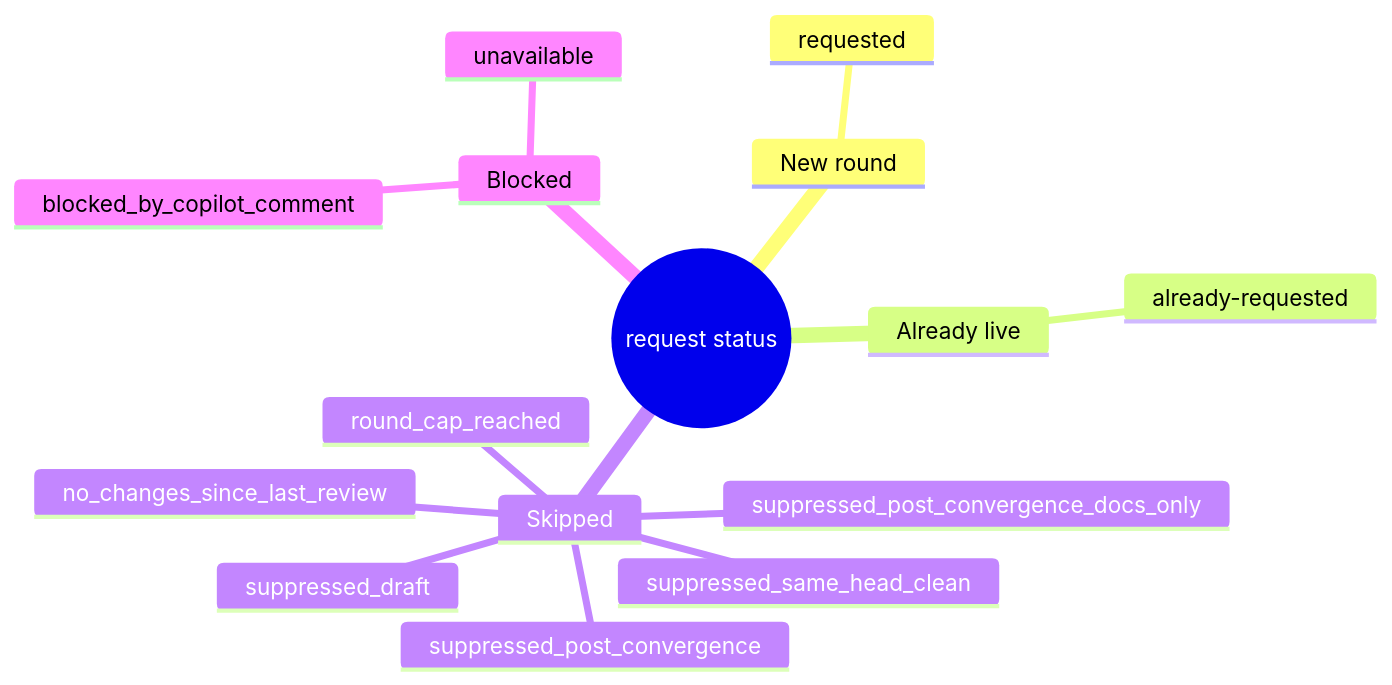
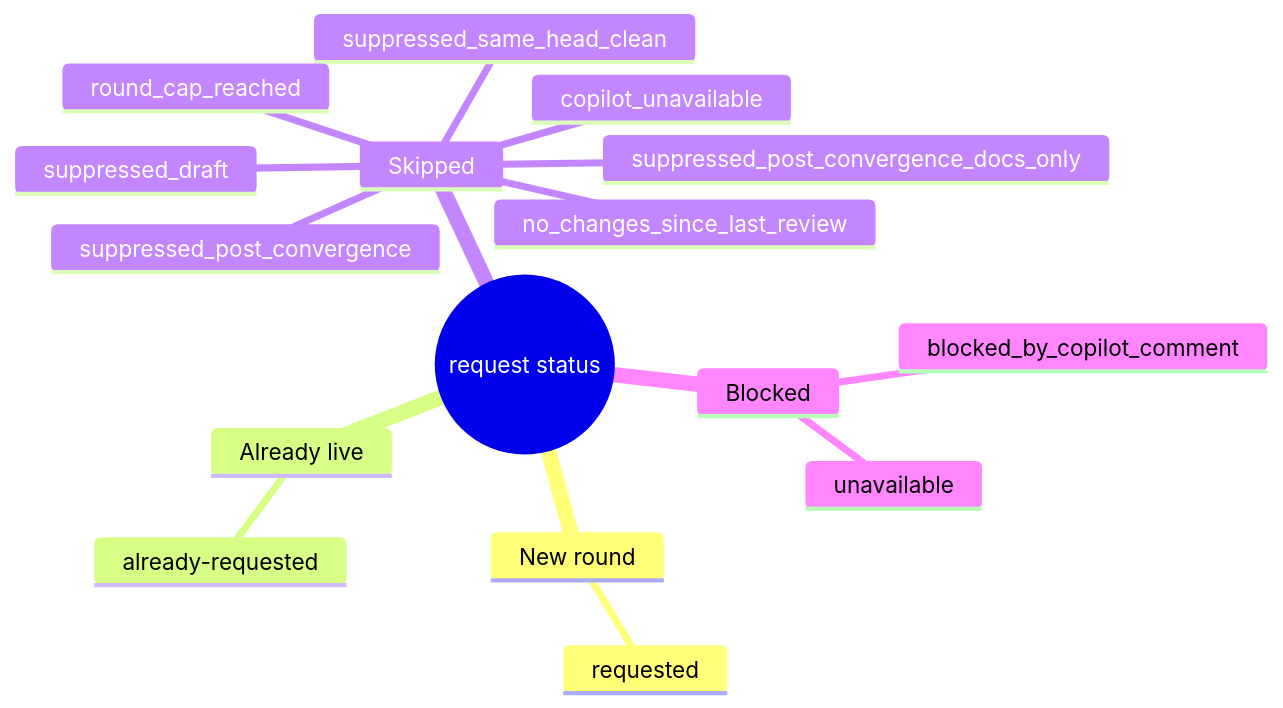
Before and after one commit to mfittko/dev-loops: the eighth of 16 diagrams in docs/atlas/06-integrations.md, drawn with Mermaid. The commit also changed other lines of this file and 23 other files, not shown here.

First line of the commit message:
fix(copilot): two unobservable requests on a head return copilot_unavailable (#3632)

````diff
--- a/docs/atlas/06-integrations.md
+++ b/docs/atlas/06-integrations.md
@@ -262,18 +262,19 @@
 ```mermaid
 mindmap
   root((request status))
     New round
       requested
     Already live
       already-requested
     Skipped
       suppressed_same_head_clean
       no_changes_since_last_review
       suppressed_post_convergence
       suppressed_post_convergence_docs_only
       suppressed_draft
       round_cap_reached
+      copilot_unavailable
     Blocked
       blocked_by_copilot_comment
       unavailable
 ```
````
